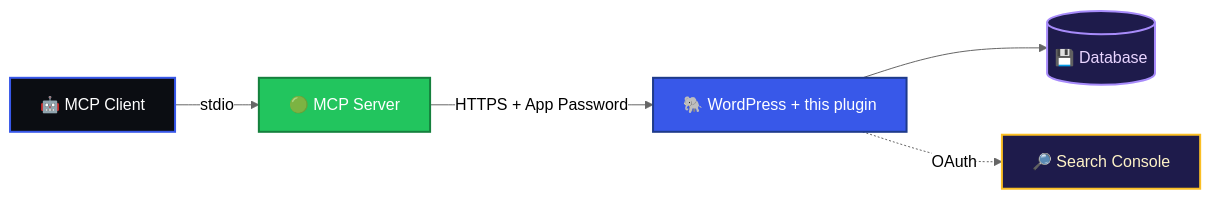
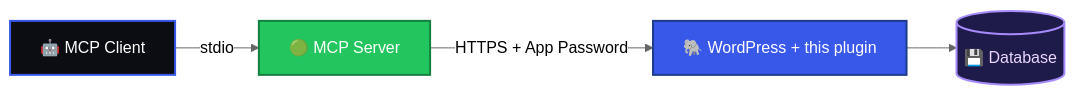
The diagram in README.md (dawsman/wp-mcp-connector-lite), drawn with Mermaid (neutral theme) before and after one commit. The commit also changed other lines of this file and 54 other files, not shown here.

````diff
--- a/README.md
+++ b/README.md
@@ -91,13 +91,11 @@
 ```mermaid
 flowchart LR
     A["🤖 MCP Client"] -->|stdio| B["🟢 MCP Server"]
     B -->|"HTTPS + App Password"| C["🐘 WordPress + this plugin"]
     C --> D[("💾 Database")]
-    C -.->|"OAuth"| E["🔎 Search Console"]
 
     style A fill:#0b0d12,stroke:#3858E9,color:#fff,stroke-width:2px
     style B fill:#22c55e,stroke:#15803d,color:#fff,stroke-width:2px
     style C fill:#3858E9,stroke:#1e3a8a,color:#fff,stroke-width:2px
     style D fill:#1e1b4b,stroke:#a78bfa,color:#e9d5ff,stroke-width:2px
-    style E fill:#1e1b4b,stroke:#fbbf24,color:#fef3c7,stroke-width:2px
 ```
````
